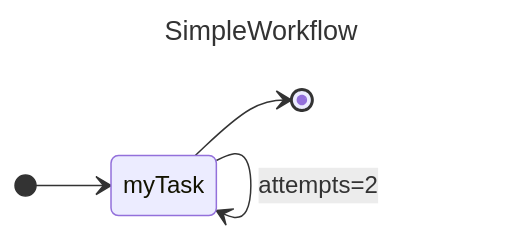
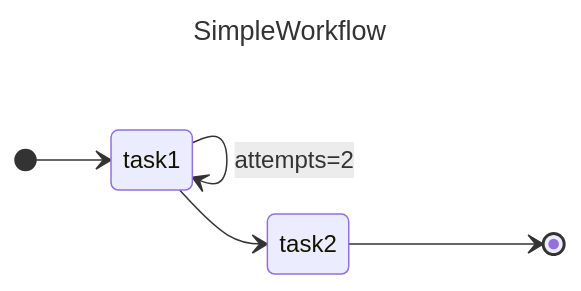
Before and after one commit to omervk/gamgee: the diagram in packages/run/docs/examples/simple-workflow/simple-workflow.mermaid, drawn with Mermaid. The commit also changed 14 other files, not shown here.

```diff
--- a/packages/run/docs/examples/simple-workflow/simple-workflow.mermaid
+++ b/packages/run/docs/examples/simple-workflow/simple-workflow.mermaid
@@ -1,9 +1,10 @@
 ---
 title: SimpleWorkflow
 ---
 
 stateDiagram-v2
     direction LR
-    [*] --> myTask
-    myTask --> myTask: attempts=2
-    myTask --> [*]
+    [*] --> task1
+    task1 --> task1: attempts=2
+    task1 --> task2
+    task2 --> [*]
```
